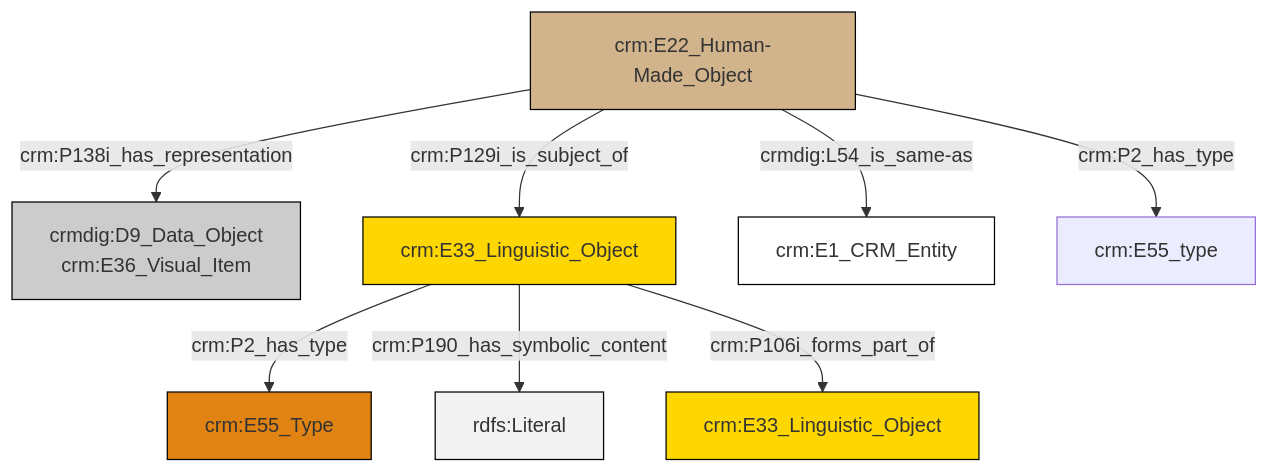
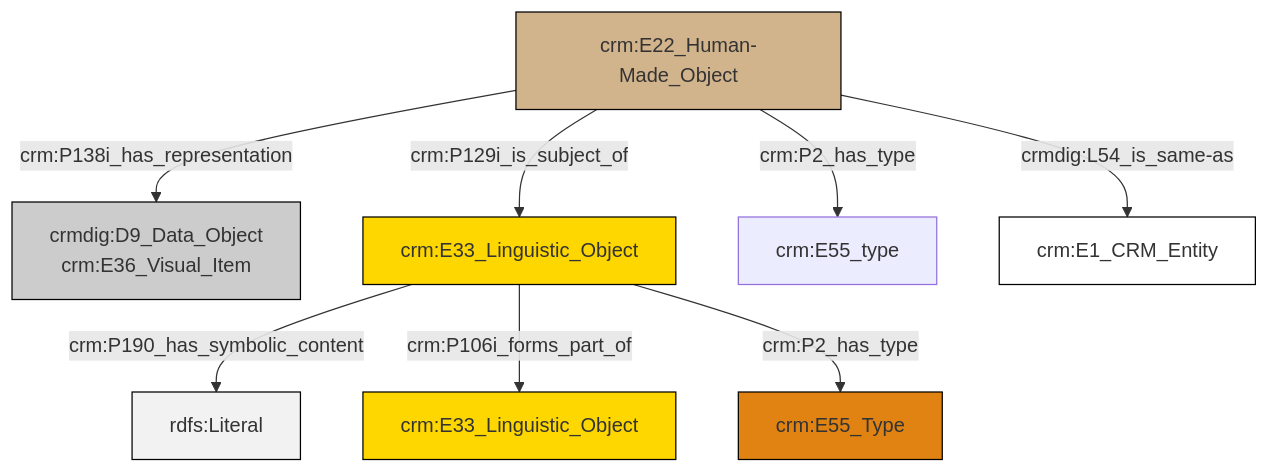
One commit to swiss-art-research-net/docs.swissartresearch changed the diagram in et/artworkCSV/ttl/mmd/Artwork_Documentation.ttl.mmd. Above: the diagram before and after it, drawn with Mermaid. The commit also changed 181 other files, not shown here.

```diff
--- a/et/artworkCSV/ttl/mmd/Artwork_Documentation.ttl.mmd
+++ b/et/artworkCSV/ttl/mmd/Artwork_Documentation.ttl.mmd
@@ -1,22 +1,22 @@
 graph TD
 classDef Literal fill:#f2f2f2,stroke:#000000;
 classDef CRM_Entity fill:#FFFFFF,stroke:#000000;
 classDef Temporal_Entity fill:#00C9E6, stroke:#000000;
 classDef Type fill:#E18312, stroke:#000000;
 classDef Time-Span fill:#2C9C91, stroke:#000000;
 classDef Appellation fill:#FFEB7F, stroke:#000000;
 classDef Place fill:#008836, stroke:#000000;
 classDef Persistent_Item fill:#B266B2, stroke:#000000;
 classDef Conceptual_Object fill:#FFD700, stroke:#000000;
 classDef Physical_Thing fill:#D2B48C, stroke:#000000;
 classDef Actor fill:#f58aad, stroke:#000000;
 classDef PC_Classes fill:#4ce600, stroke:#000000;
 classDef Multi fill:#cccccc,stroke:#000000;
 
-0["crm:E22_Human-Made_Object"]:::Physical_Thing -->|crm:P138i_has_representation| 1["crmdig:D9_Data_Object<br>crm:E36_Visual_Item"]:::Multi
-0["crm:E22_Human-Made_Object"]:::Physical_Thing -->|crm:P129i_is_subject_of| 2["crm:E33_Linguistic_Object"]:::Conceptual_Object
-2["crm:E33_Linguistic_Object"]:::Conceptual_Object -->|crm:P2_has_type| 4["crm:E55_Type"]:::Type
-2["crm:E33_Linguistic_Object"]:::Conceptual_Object -->|crm:P190_has_symbolic_content| 5[rdfs:Literal]:::Literal
-0["crm:E22_Human-Made_Object"]:::Physical_Thing -->|crmdig:L54_is_same-as| 9["crm:E1_CRM_Entity"]:::CRM_Entity
-0["crm:E22_Human-Made_Object"]:::Physical_Thing -->|crm:P2_has_type| 10["crm:E55_type"]:::Default
-2["crm:E33_Linguistic_Object"]:::Conceptual_Object -->|crm:P106i_forms_part_of| 11["crm:E33_Linguistic_Object"]:::Conceptual_Object
+2["crm:E22_Human-Made_Object"]:::Physical_Thing -->|crm:P129i_is_subject_of| 3["crm:E33_Linguistic_Object"]:::Conceptual_Object
+2["crm:E22_Human-Made_Object"]:::Physical_Thing -->|crm:P2_has_type| 6["crm:E55_type"]:::Default
+3["crm:E33_Linguistic_Object"]:::Conceptual_Object -->|crm:P190_has_symbolic_content| 7[rdfs:Literal]:::Literal
+3["crm:E33_Linguistic_Object"]:::Conceptual_Object -->|crm:P106i_forms_part_of| 9["crm:E33_Linguistic_Object"]:::Conceptual_Object
+3["crm:E33_Linguistic_Object"]:::Conceptual_Object -->|crm:P2_has_type| 4["crm:E55_Type"]:::Type
+2["crm:E22_Human-Made_Object"]:::Physical_Thing -->|crmdig:L54_is_same-as| 11["crm:E1_CRM_Entity"]:::CRM_Entity
+2["crm:E22_Human-Made_Object"]:::Physical_Thing -->|crm:P138i_has_representation| 0["crmdig:D9_Data_Object<br>crm:E36_Visual_Item"]:::Multi
```
